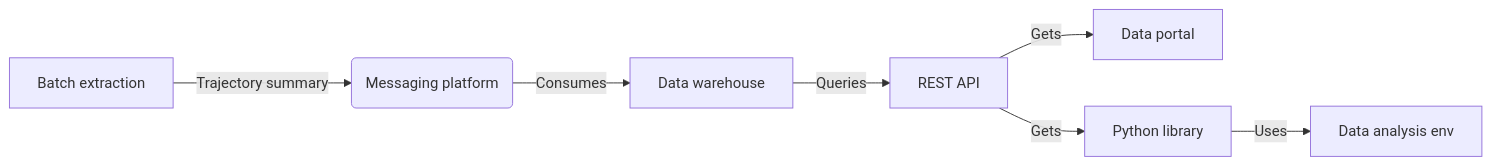
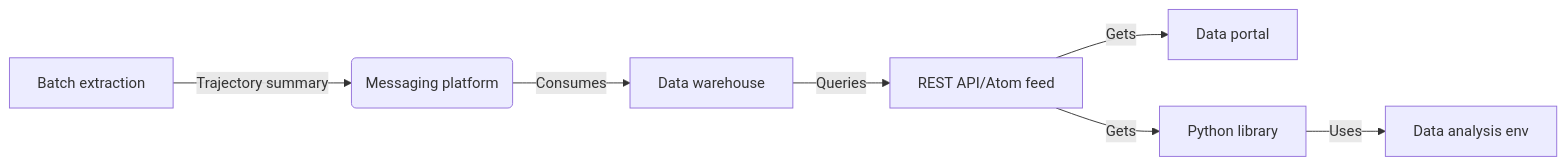
The diagram in README.md (gmn-data-platform/gmn-data-platform), drawn with Mermaid before and after one commit.

Commit message:
Add atom feed to diagram

````diff
--- a/README.md
+++ b/README.md
@@ -28,10 +28,10 @@
 ```mermaid
 flowchart LR 
  
 A[Batch extraction] -->|Trajectory summary| B(Messaging platform)
 B -->|Consumes| D[Data warehouse]
-D -->|Queries| E[REST API]
+D -->|Queries| E[REST API/Atom feed]
 E -->|Gets| F[Data portal]
 E -->|Gets| G[Python library]
 G -->|Uses| H[Data analysis env]
 ```
````
